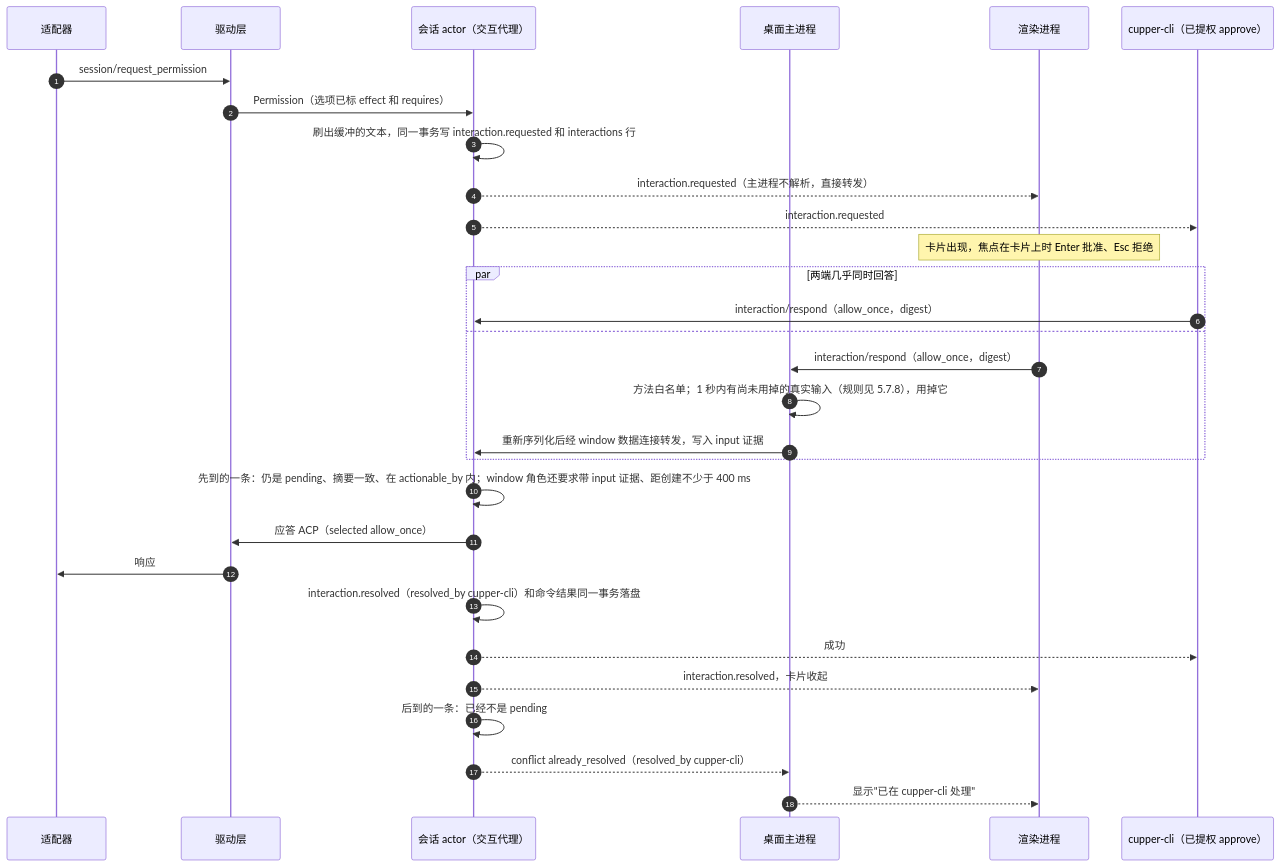
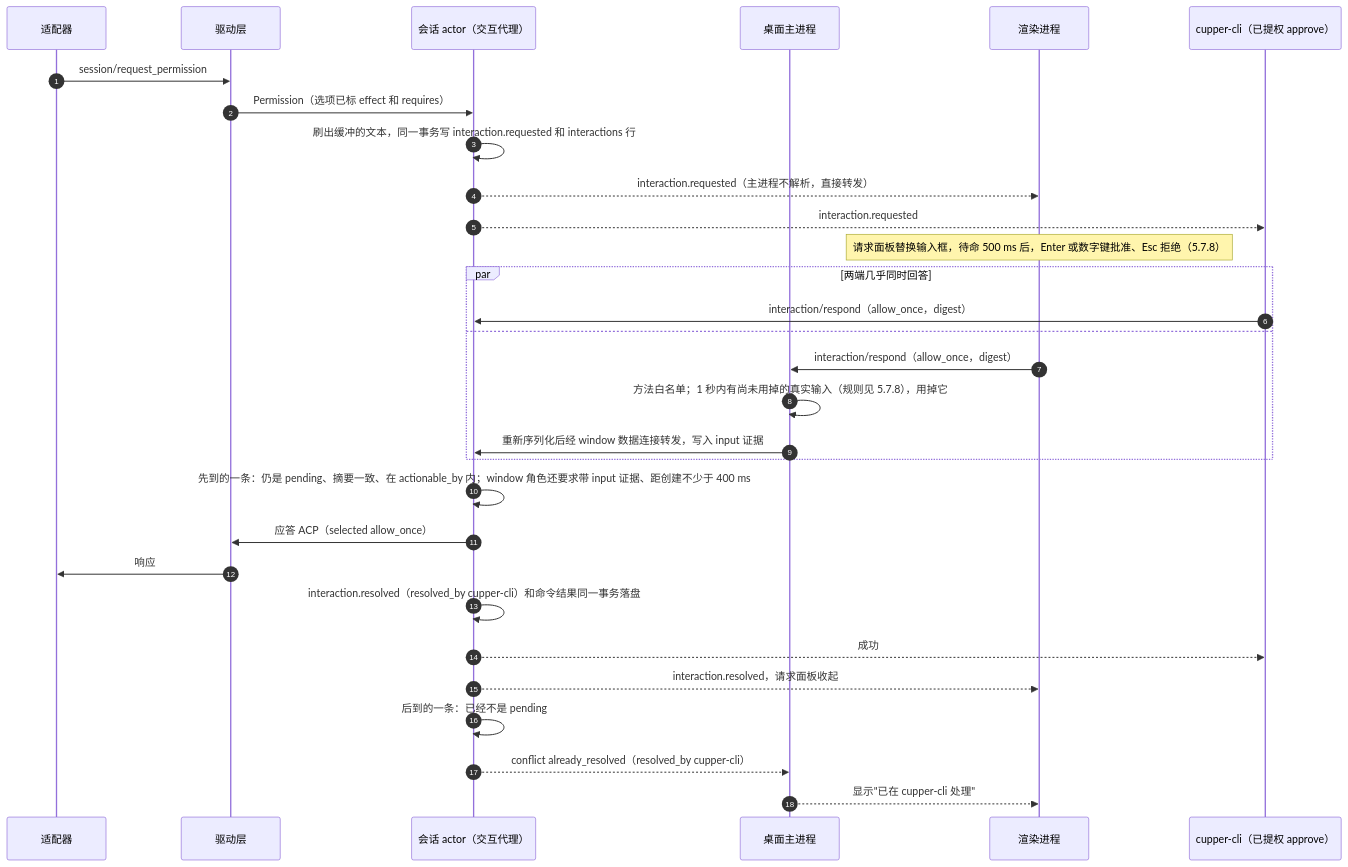
The fourth of 11 diagrams in docs/design/05-flows.md (boris-w/cupper), drawn with Mermaid before and after one commit. The commit also changed other lines of this file and 8 other files, not shown here.

````diff
--- a/docs/design/05-flows.md
+++ b/docs/design/05-flows.md
@@ -149,32 +150,32 @@
 ```mermaid
 sequenceDiagram
   autonumber
   participant AD as 适配器
   participant A as 驱动层
   participant S as 会话 actor（交互代理）
   participant M as 桌面主进程
   participant R as 渲染进程
   participant C as cupper-cli（已提权 approve）
   AD->>A: session/request_permission
   A->>S: Permission（选项已标 effect 和 requires）
   S->>S: 刷出缓冲的文本，同一事务写 interaction.requested 和 interactions 行
   S-->>R: interaction.requested（主进程不解析，直接转发）
   S-->>C: interaction.requested
-  Note over R: 卡片出现，焦点在卡片上时 Enter 批准、Esc 拒绝
+  Note over R: 请求面板替换输入框，待命 500 ms 后，Enter 或数字键批准、Esc 拒绝（5.7.8）
   par 两端几乎同时回答
     C->>S: interaction/respond（allow_once，digest）
   and
     R->>M: interaction/respond（allow_once，digest）
     M->>M: 方法白名单；1 秒内有尚未用掉的真实输入（规则见 5.7.8），用掉它
     M->>S: 重新序列化后经 window 数据连接转发，写入 input 证据
   end
   S->>S: 先到的一条：仍是 pending、摘要一致、在 actionable_by 内；window 角色还要求带 input 证据、距创建不少于 400 ms
   S->>A: 应答 ACP（selected allow_once）
   A->>AD: 响应
   S->>S: interaction.resolved（resolved_by cupper-cli）和命令结果同一事务落盘
   S-->>C: 成功
-  S-->>R: interaction.resolved，卡片收起
+  S-->>R: interaction.resolved，请求面板收起
   S->>S: 后到的一条：已经不是 pending
   S-->>M: conflict already_resolved（resolved_by cupper-cli）
   M-->>R: 显示"已在 cupper-cli 处理"
 ```
````
